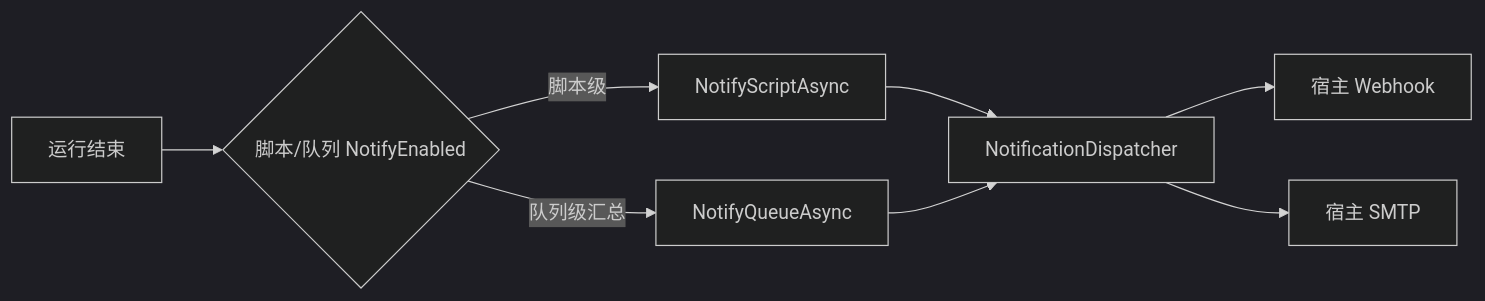
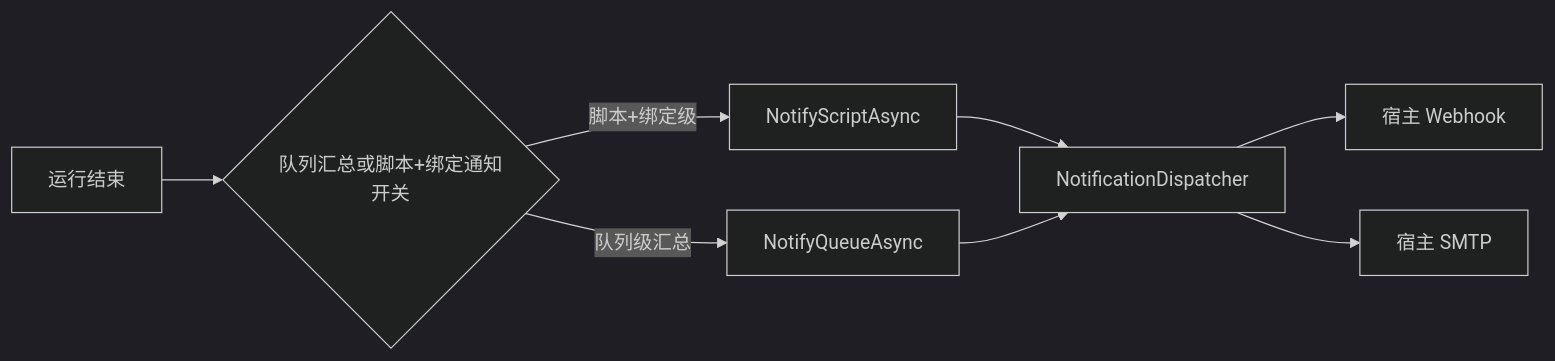
Before and after one commit to FlappiBakuse/NexusPipeline: the fourth of 4 diagrams in docs/DESIGN.md, drawn with Mermaid (dark theme). The commit also changed other lines of this file and 54 other files, not shown here.

````diff
--- a/docs/DESIGN.md
+++ b/docs/DESIGN.md
@@ -307,10 +308,10 @@
 ```mermaid
 flowchart LR
-    R[运行结束] --> N{脚本/队列 NotifyEnabled}
-    N -- 脚本级 --> S[NotifyScriptAsync]
+    R[运行结束] --> N{队列汇总或脚本+绑定通知开关}
+    N -- 脚本+绑定级 --> S[NotifyScriptAsync]
     N -- 队列级汇总 --> Q[NotifyQueueAsync]
     S --> D[NotificationDispatcher]
     Q --> D
     D --> C1[宿主 Webhook]
     D --> C2[宿主 SMTP]
 ```
````
